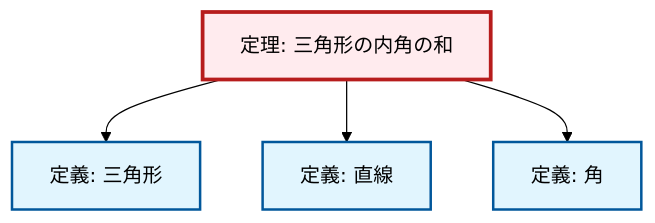
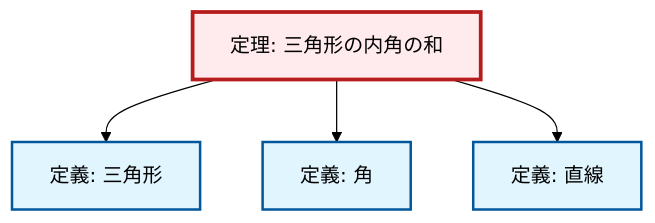
One commit to RK0429/ModernMath changed the diagram in content/ja/geometry/thm-angle-sum-triangle.qmd. Above: the diagram before and after it, drawn with Mermaid (forest theme). The commit also changed 672 other files, not shown here.

````diff
--- a/content/ja/geometry/thm-angle-sum-triangle.qmd
+++ b/content/ja/geometry/thm-angle-sum-triangle.qmd
@@ -58,20 +58,20 @@
 ```{mermaid}
-%%| fig-cap: "Local dependency graph"
+%%| fig-cap: "ローカル依存関係グラフ"
 graph TD
     classDef definition fill:#e1f5fe,stroke:#01579b,stroke-width:2px
     classDef theorem fill:#f3e5f5,stroke:#4a148c,stroke-width:2px
     classDef axiom fill:#fff3e0,stroke:#e65100,stroke-width:2px
     classDef example fill:#e8f5e9,stroke:#1b5e20,stroke-width:2px
     classDef current fill:#ffebee,stroke:#b71c1c,stroke-width:3px
+    def-triangle["定義: 三角形"]:::definition
     def-line["定義: 直線"]:::definition
     thm-angle-sum-triangle["定理: 三角形の内角の和"]:::theorem
-    def-triangle["定義: 三角形"]:::definition
     def-angle["定義: 角"]:::definition
     thm-angle-sum-triangle --> def-triangle
+    thm-angle-sum-triangle --> def-angle
     thm-angle-sum-triangle --> def-line
-    thm-angle-sum-triangle --> def-angle
     class thm-angle-sum-triangle current
+    click def-triangle "def-triangle.html" "三角形の定義へ"
     click def-line "def-line.html" "直線の定義へ"
-    click def-triangle "def-triangle.html" "三角形の定義へ"
     click def-angle "def-angle.html" "角の定義へ"
 ```
````
